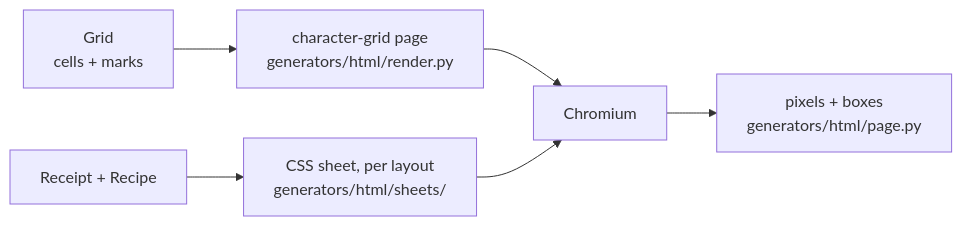
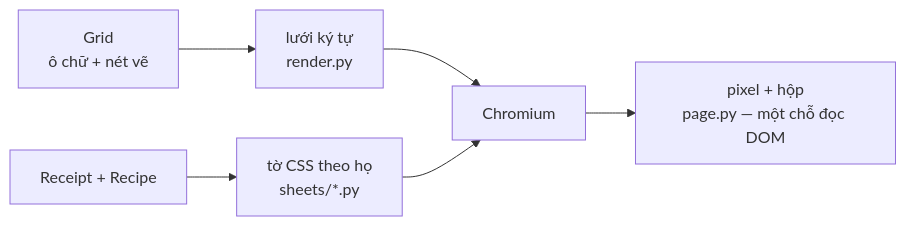
One commit to LinhPhuong14/vlm-ocr-synthetic changed the third of 5 diagrams in README.md. Above: the diagram before and after it, drawn with Mermaid. The commit also changed other lines of this file and 1 other file, not shown here.

````diff
--- a/README.md
+++ b/README.md
@@ -217,8 +120,8 @@
 ```mermaid
 flowchart LR
-    G["Grid<br/>cells + marks"] --> P1["character-grid page<br/>generators/html/render.py"]
-    R["Receipt + Recipe"] --> P2["CSS sheet, per layout<br/>generators/html/sheets/"]
+    G["Grid<br/>ô chữ + nét vẽ"] --> P1["lưới ký tự<br/>render.py"]
+    R["Receipt + Recipe"] --> P2["tờ CSS theo họ<br/>sheets/*.py"]
     P1 --> X["Chromium"]
     P2 --> X
-    X --> Y["pixels + boxes<br/>generators/html/page.py"]
+    X --> Y["pixel + hộp<br/>page.py — một chỗ đọc DOM"]
 ```
````
